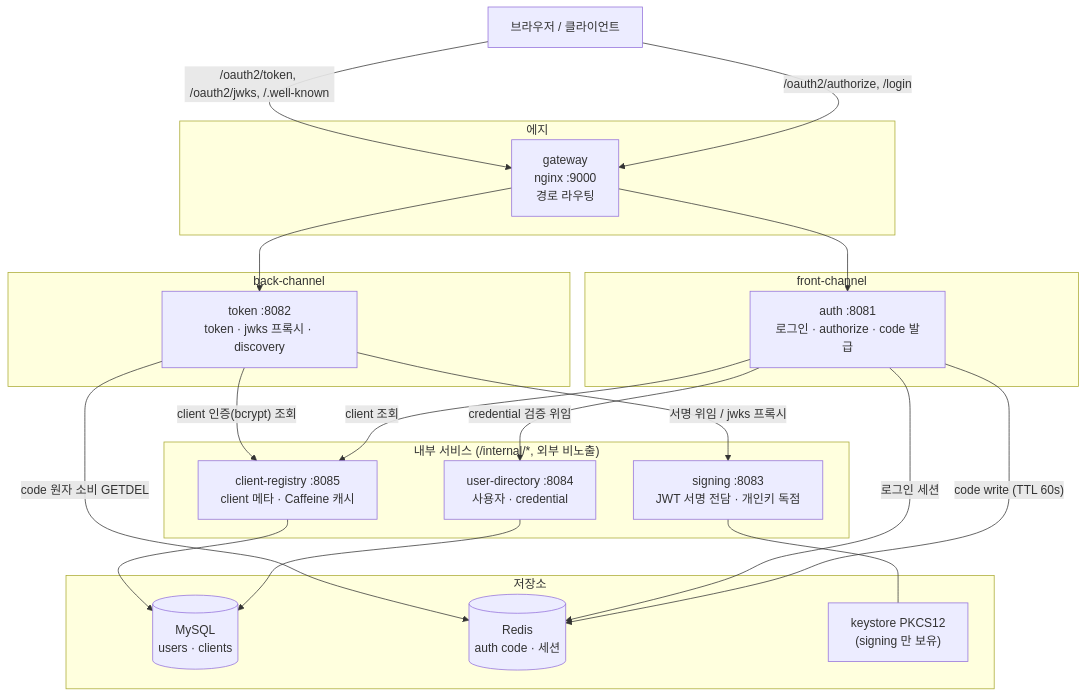
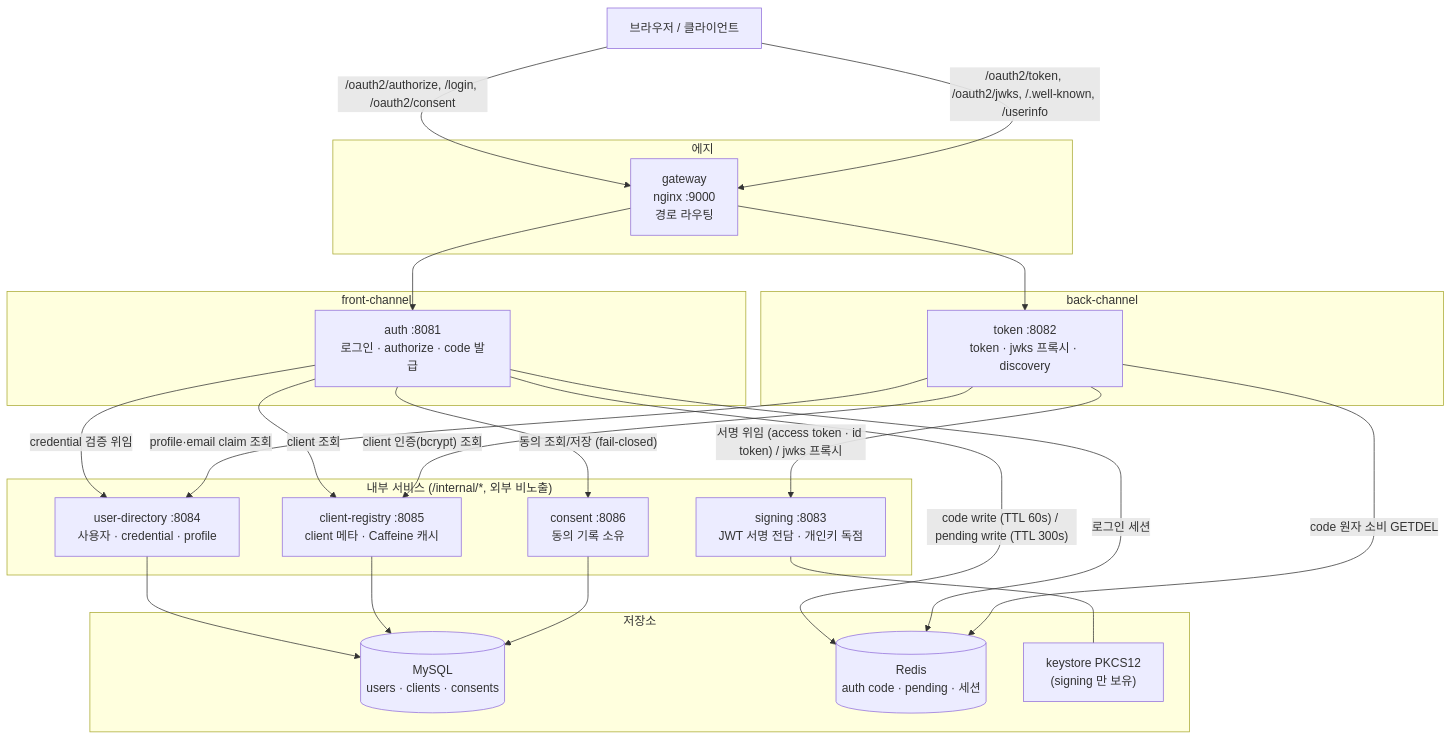
Before and after one commit to starryeye/spring-security: the first of 6 diagrams in oauth-2/authorization-server/practice/microservice/README.md, drawn with Mermaid. The commit also changed other lines of this file and 1 other file, not shown here.

````diff
--- a/oauth-2/authorization-server/practice/microservice/README.md
+++ b/oauth-2/authorization-server/practice/microservice/README.md
@@ -32,46 +37,50 @@
 ```mermaid
 flowchart TB
     browser["브라우저 / 클라이언트"]
 
     subgraph edge["에지"]
         gateway["gateway<br/>nginx :9000<br/>경로 라우팅"]
     end
 
     subgraph front["front-channel"]
         auth["auth :8081<br/>로그인 · authorize · code 발급"]
     end
 
     subgraph back["back-channel"]
         token["token :8082<br/>token · jwks 프록시 · discovery"]
     end
 
     subgraph internal["내부 서비스 (/internal/*, 외부 비노출)"]
         signing["signing :8083<br/>JWT 서명 전담 · 개인키 독점"]
-        userdir["user-directory :8084<br/>사용자 · credential"]
+        userdir["user-directory :8084<br/>사용자 · credential · profile"]
         clientreg["client-registry :8085<br/>client 메타 · Caffeine 캐시"]
+        consent["consent :8086<br/>동의 기록 소유"]
     end
 
     subgraph stores["저장소"]
-        mysql[("MySQL<br/>users · clients")]
-        redis[("Redis<br/>auth code · 세션")]
+        mysql[("MySQL<br/>users · clients · consents")]
+        redis[("Redis<br/>auth code · pending · 세션")]
         keystore["keystore PKCS12<br/>(signing 만 보유)"]
     end
 
-    browser -->|"/oauth2/authorize, /login"| gateway
-    browser -->|"/oauth2/token, /oauth2/jwks, /.well-known"| gateway
+    browser -->|"/oauth2/authorize, /login, /oauth2/consent"| gateway
+    browser -->|"/oauth2/token, /oauth2/jwks, /.well-known, /userinfo"| gateway
     gateway --> auth
     gateway --> token
 
     auth -->|"credential 검증 위임"| userdir
     auth -->|"client 조회"| clientreg
-    auth -->|"code write (TTL 60s)"| redis
+    auth -->|"동의 조회/저장 (fail-closed)"| consent
+    auth -->|"code write (TTL 60s) / pending write (TTL 300s)"| redis
     auth -->|"로그인 세션"| redis
 
     token -->|"client 인증(bcrypt) 조회"| clientreg
     token -->|"code 원자 소비 GETDEL"| redis
-    token -->|"서명 위임 / jwks 프록시"| signing
+    token -->|"서명 위임 (access token · id token) / jwks 프록시"| signing
+    token -->|"profile·email claim 조회"| userdir
 
     userdir --> mysql
     clientreg --> mysql
+    consent --> mysql
     signing --- keystore
 ```
````
